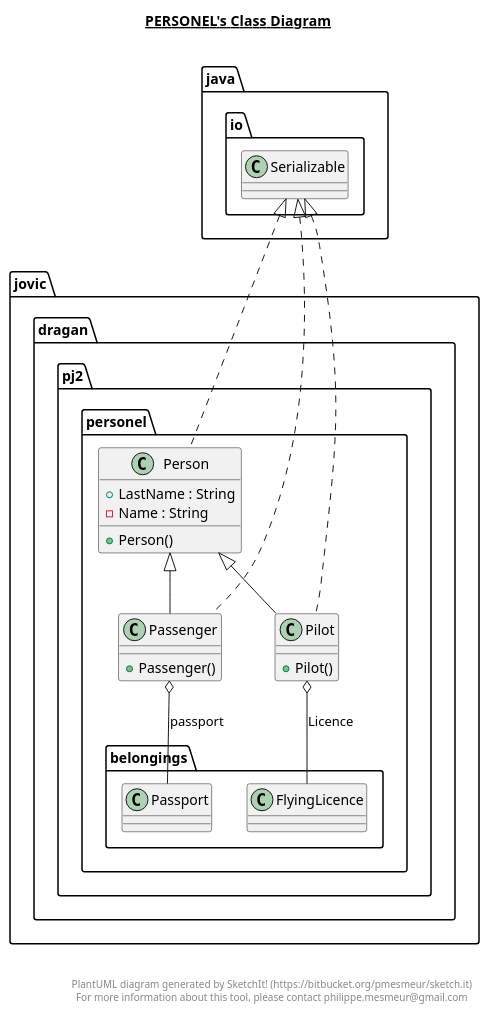
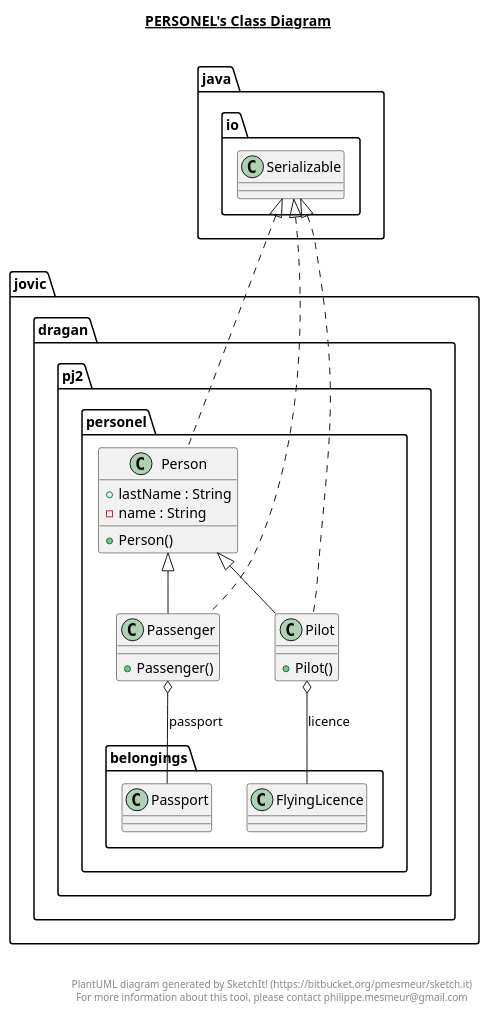
One commit to Coki32/PJ2_Projektni changed the diagram in src/jovic/dragan/pj2/personel/personel.plantuml. Above: the diagram before and after it, drawn with PlantUML. The commit also changed 51 other files, not shown here.

```diff
--- a/src/jovic/dragan/pj2/personel/personel.plantuml
+++ b/src/jovic/dragan/pj2/personel/personel.plantuml
@@ -1,44 +1,44 @@
 @startuml
 
 title __PERSONEL's Class Diagram__\n
 
   namespace jovic.dragan.pj2.personel {
     class jovic.dragan.pj2.personel.Passenger {
         + Passenger()
     }
   }
   
 
   namespace jovic.dragan.pj2.personel {
     class jovic.dragan.pj2.personel.Person {
-        + LastName : String
-        - Name : String
+        + lastName : String
+        - name : String
         + Person()
     }
   }
   
 
   namespace jovic.dragan.pj2.personel {
     class jovic.dragan.pj2.personel.Pilot {
         + Pilot()
     }
   }
   
 
   jovic.dragan.pj2.personel.Passenger .up.|> java.io.Serializable
   jovic.dragan.pj2.personel.Passenger -up-|> jovic.dragan.pj2.personel.Person
   jovic.dragan.pj2.personel.Passenger o-- jovic.dragan.pj2.personel.belongings.Passport : passport
   jovic.dragan.pj2.personel.Person .up.|> java.io.Serializable
   jovic.dragan.pj2.personel.Pilot .up.|> java.io.Serializable
   jovic.dragan.pj2.personel.Pilot -up-|> jovic.dragan.pj2.personel.Person
-  jovic.dragan.pj2.personel.Pilot o-- jovic.dragan.pj2.personel.belongings.FlyingLicence : Licence
+  jovic.dragan.pj2.personel.Pilot o-- jovic.dragan.pj2.personel.belongings.FlyingLicence : licence
 
 
 right footer
 
 
 PlantUML diagram generated by SketchIt! (https://bitbucket.org/pmesmeur/sketch.it)
 For more information about this tool, please contact philippe.mesmeur@gmail.com
 endfooter
 
 @enduml
```
